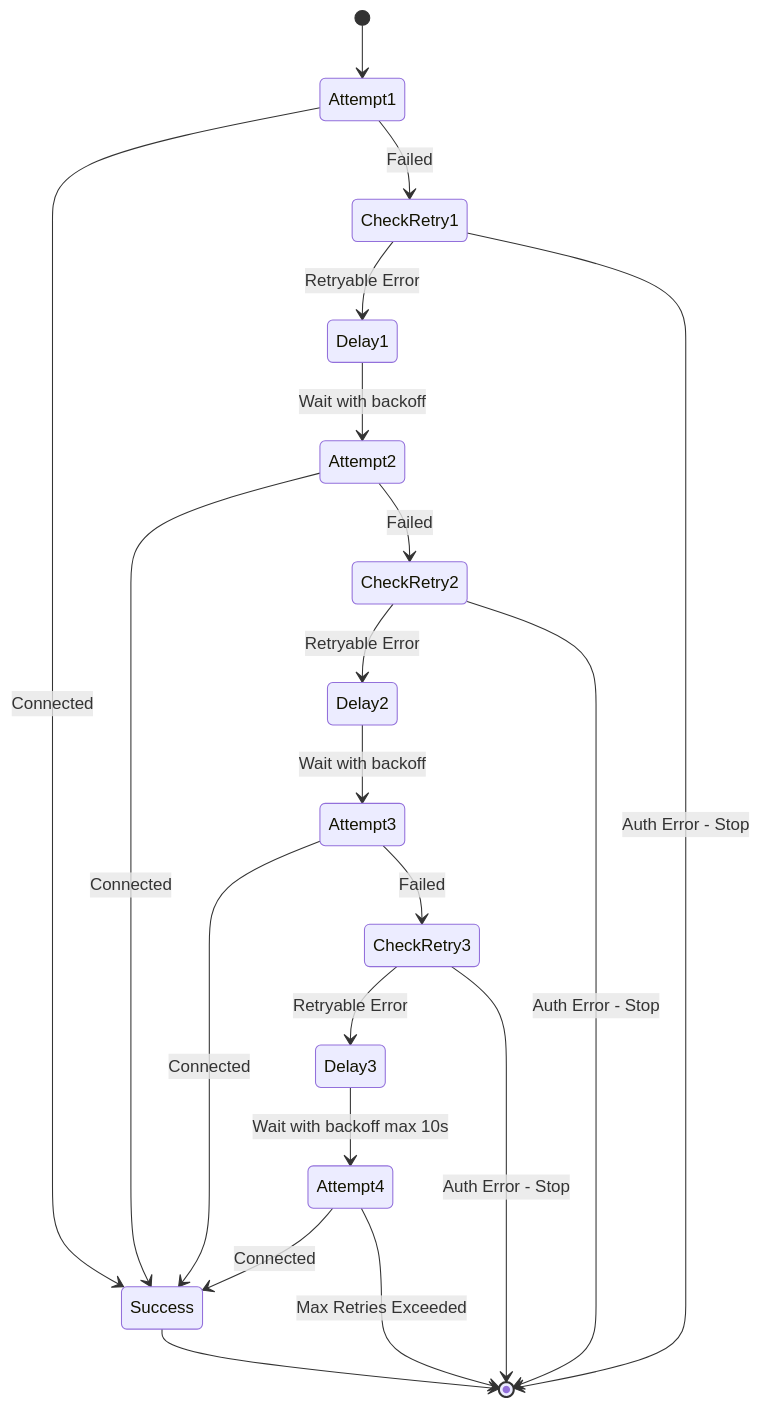
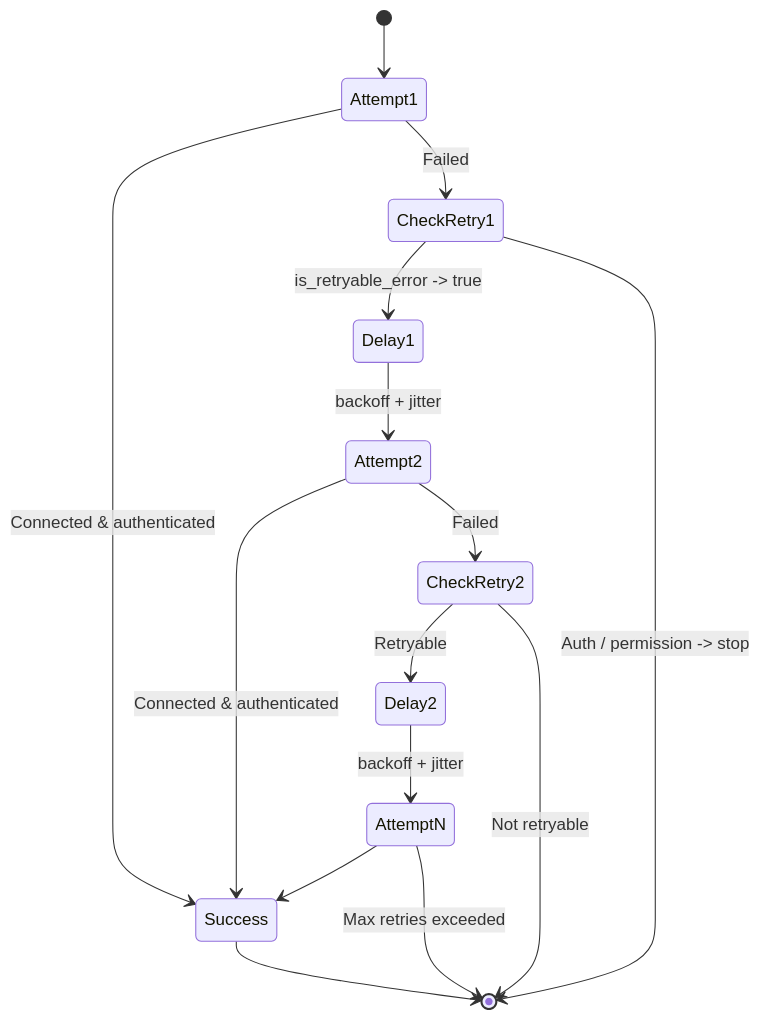
The eighth of 11 diagrams in docs/ARCHITECTURE.md (farchanjo/ssh-mcp), drawn with Mermaid before and after one commit. The commit also changed other lines of this file and 5 other files, not shown here.

````diff
--- a/docs/ARCHITECTURE.md
+++ b/docs/ARCHITECTURE.md
@@ -886,33 +700,25 @@
 ```mermaid
 stateDiagram-v2
     [*] --> Attempt1
 
-    Attempt1 --> Success: Connected
+    Attempt1 --> Success: Connected & authenticated
     Attempt1 --> CheckRetry1: Failed
 
-    CheckRetry1 --> Delay1: Retryable Error
-    CheckRetry1 --> [*]: Auth Error - Stop
+    CheckRetry1 --> Delay1: is_retryable_error -> true
+    CheckRetry1 --> [*]: Auth / permission -> stop
 
-    Delay1 --> Attempt2: Wait with backoff
+    Delay1 --> Attempt2: backoff + jitter
 
-    Attempt2 --> Success: Connected
+    Attempt2 --> Success: Connected & authenticated
     Attempt2 --> CheckRetry2: Failed
 
-    CheckRetry2 --> Delay2: Retryable Error
-    CheckRetry2 --> [*]: Auth Error - Stop
+    CheckRetry2 --> Delay2: Retryable
+    CheckRetry2 --> [*]: Not retryable
 
-    Delay2 --> Attempt3: Wait with backoff
+    Delay2 --> AttemptN: backoff + jitter
 
-    Attempt3 --> Success: Connected
-    Attempt3 --> CheckRetry3: Failed
-
-    CheckRetry3 --> Delay3: Retryable Error
-    CheckRetry3 --> [*]: Auth Error - Stop
-
-    Delay3 --> Attempt4: Wait with backoff max 10s
-
-    Attempt4 --> Success: Connected
-    Attempt4 --> [*]: Max Retries Exceeded
+    AttemptN --> Success
+    AttemptN --> [*]: Max retries exceeded
 
     Success --> [*]
 ```
````
